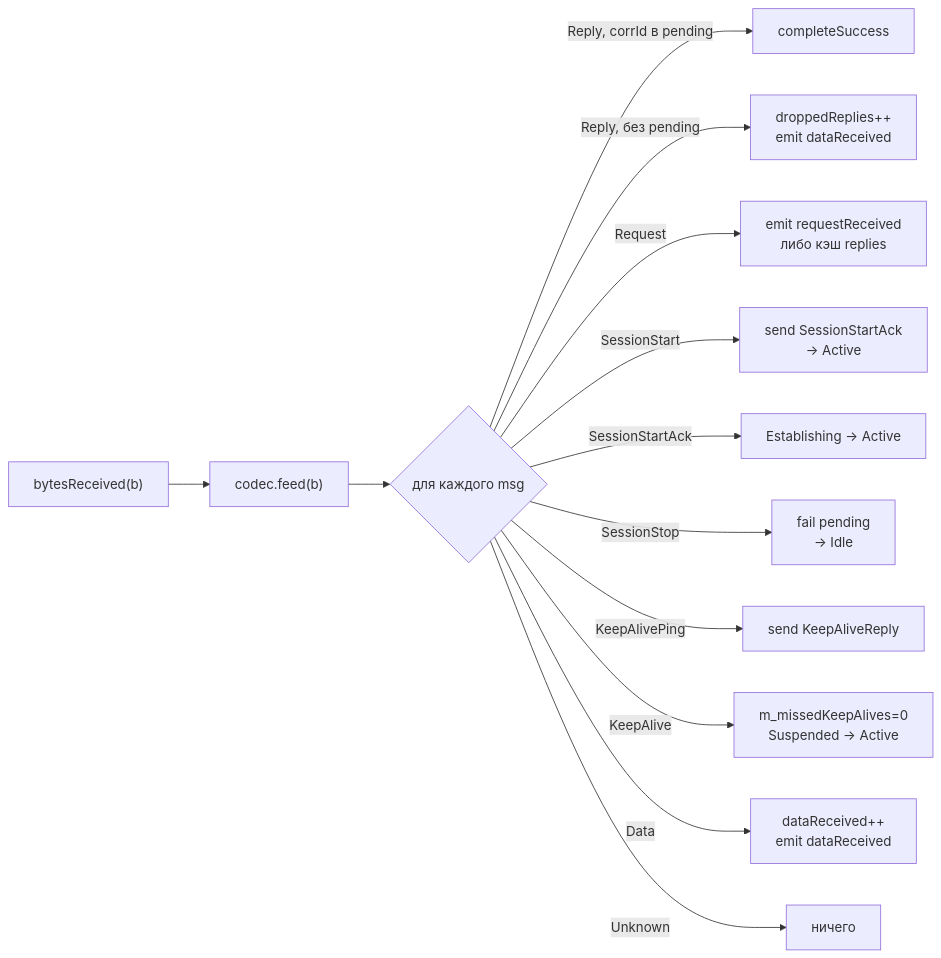
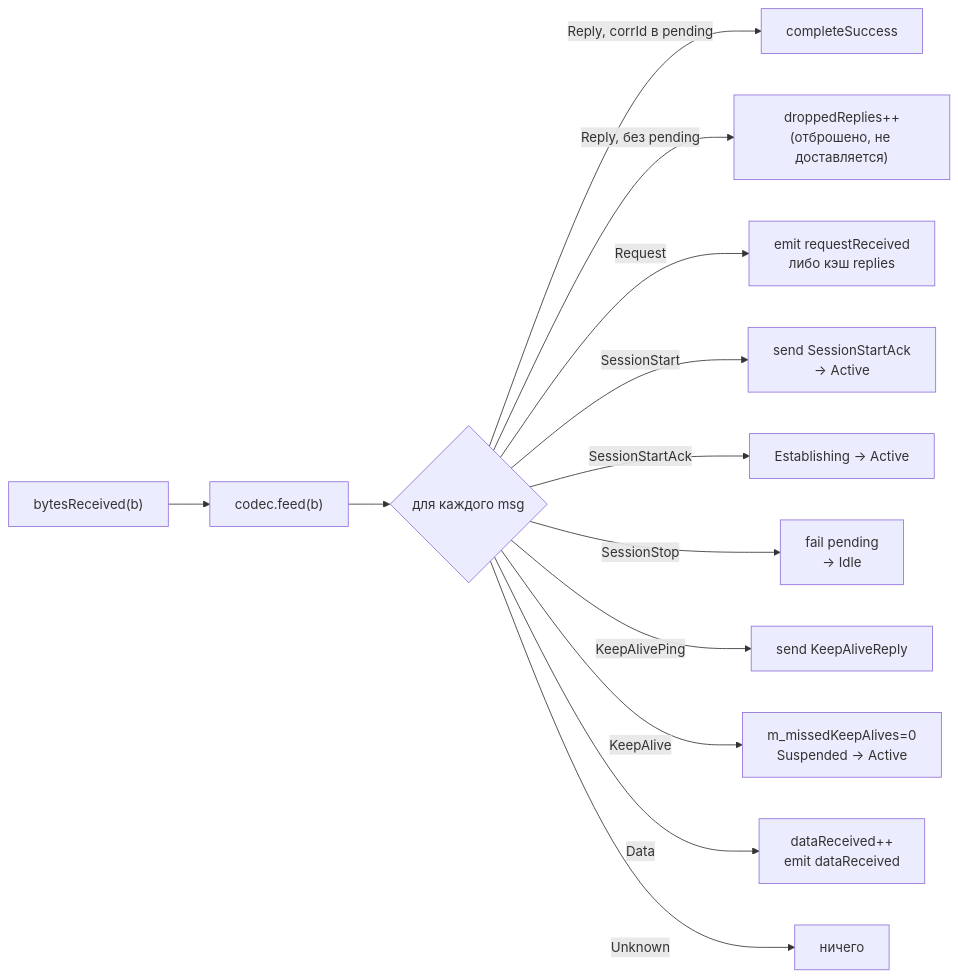
The diagram in docs/ru/04-Протокол-и-кодек.md (Saytikus/GChannelManager), drawn with Mermaid before and after one commit. The commit also changed 5 other files, not shown here.

````diff
--- a/docs/ru/04-Протокол-и-кодек.md
+++ b/docs/ru/04-Протокол-и-кодек.md
@@ -65,15 +65,15 @@
 ```mermaid
 flowchart LR
     Bytes["bytesReceived(b)"] --> Feed["codec.feed(b)"]
     Feed --> Loop{"для каждого msg"}
     Loop -->|Reply, corrId в pending| Succeed["completeSuccess"]
-    Loop -->|Reply, без pending| Dropped["droppedReplies++<br/>emit dataReceived"]
+    Loop -->|Reply, без pending| Dropped["droppedReplies++<br/>(отброшено, не доставляется)"]
     Loop -->|Request| Req["emit requestReceived<br/>либо кэш replies"]
     Loop -->|SessionStart| SS["send SessionStartAck<br/>→ Active"]
     Loop -->|SessionStartAck| Ack["Establishing → Active"]
     Loop -->|SessionStop| Stop["fail pending<br/>→ Idle"]
     Loop -->|KeepAlivePing| Pong["send KeepAliveReply"]
     Loop -->|KeepAlive| Live["m_missedKeepAlives=0<br/>Suspended → Active"]
     Loop -->|Data| Push["dataReceived++<br/>emit dataReceived"]
     Loop -->|Unknown| Skip["ничего"]
 ```
````
